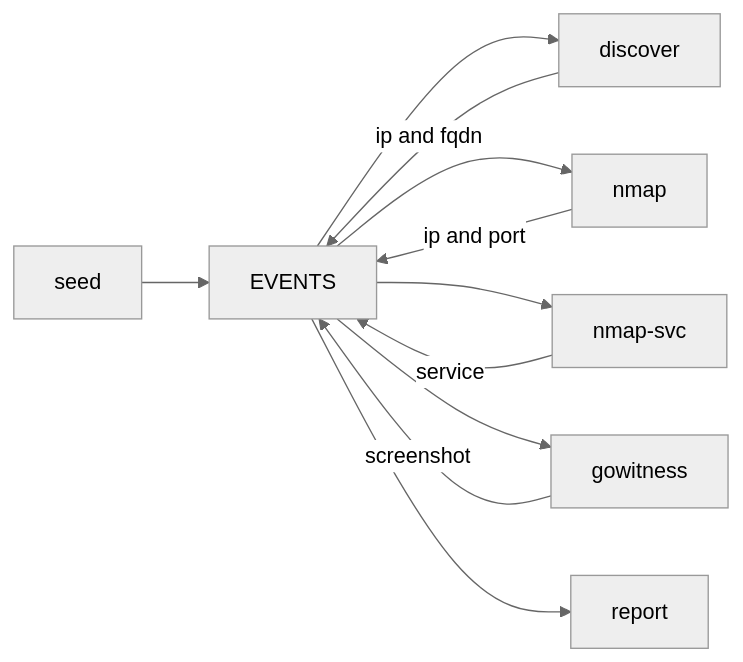
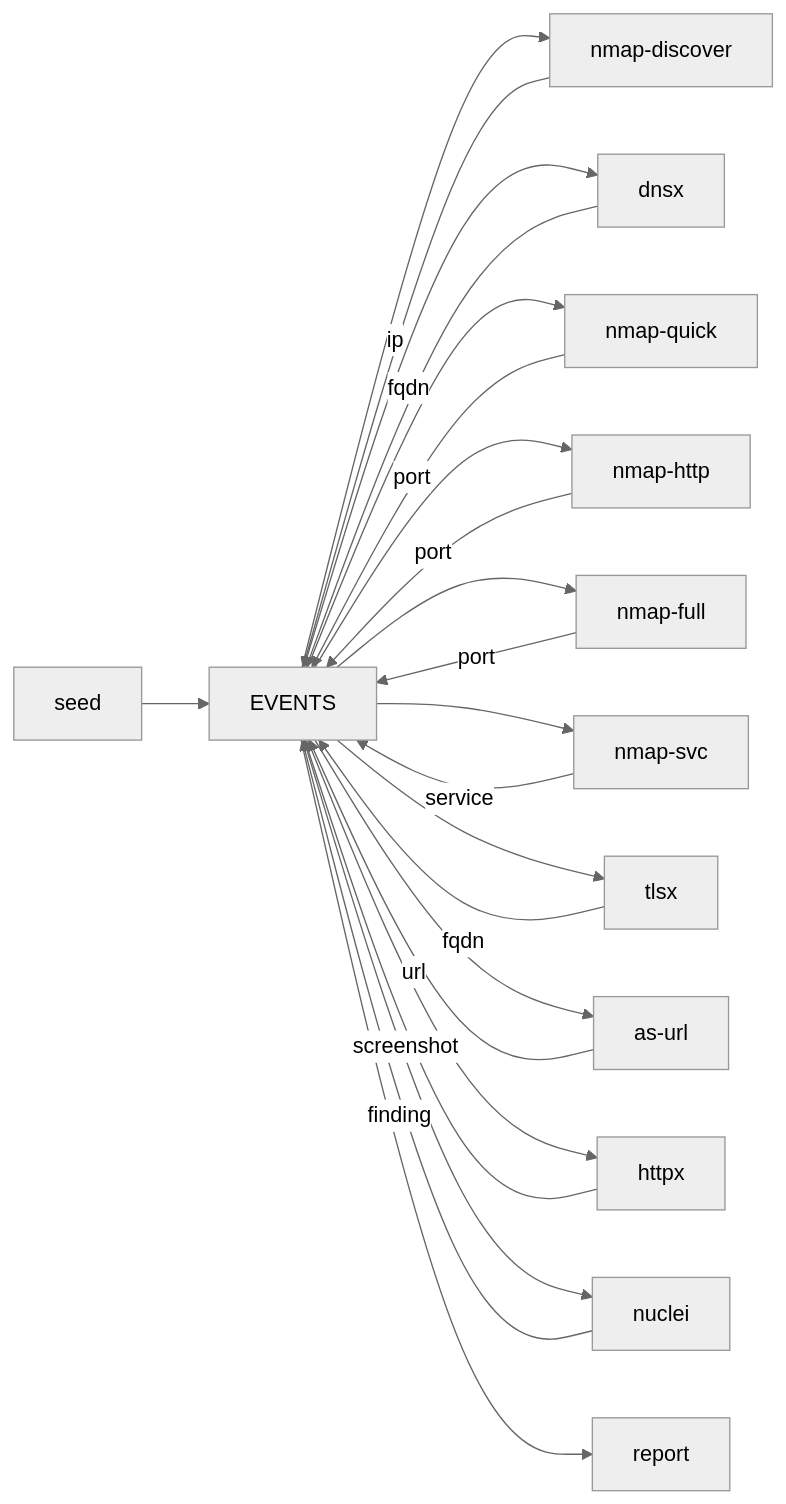
Before and after one commit to tomsteele/adama: the diagram in README.md, drawn with Mermaid (neutral theme). The commit also changed other lines of this file and 47 other files, not shown here.

````diff
--- a/README.md
+++ b/README.md
@@ -7,13 +7,25 @@
 ```mermaid
 flowchart LR
   seed[seed] --> events[EVENTS]
-  events --> discover
-  discover -->|ip and fqdn| events
-  events --> nmap
-  nmap -->|ip and port| events
+  events --> nmapDiscover[nmap-discover]
+  nmapDiscover -->|ip| events
+  events --> dnsx
+  dnsx -->|fqdn| events
+  events --> nmapQuick[nmap-quick]
+  events --> nmapHttp[nmap-http]
+  events --> nmapFull[nmap-full]
+  nmapQuick -->|port| events
+  nmapHttp -->|port| events
+  nmapFull -->|port| events
   events --> nmapSvc[nmap-svc]
-  events --> gowitness
+  events --> tlsx
   nmapSvc -->|service| events
-  gowitness -->|screenshot| events
+  tlsx -->|fqdn| events
+  events --> asUrl[as-url]
+  asUrl -->|url| events
+  events --> httpx
+  events --> nuclei
+  httpx -->|screenshot| events
+  nuclei -->|finding| events
   events --> report
 ```
````
